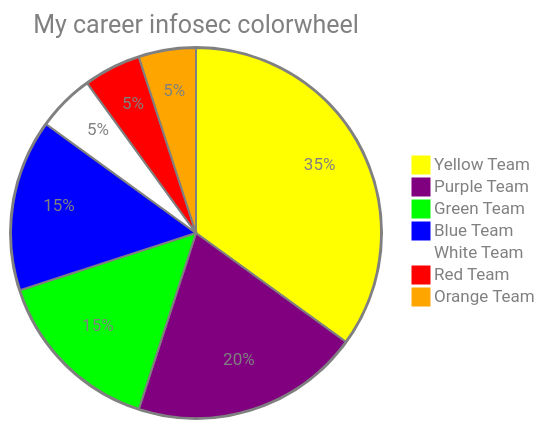
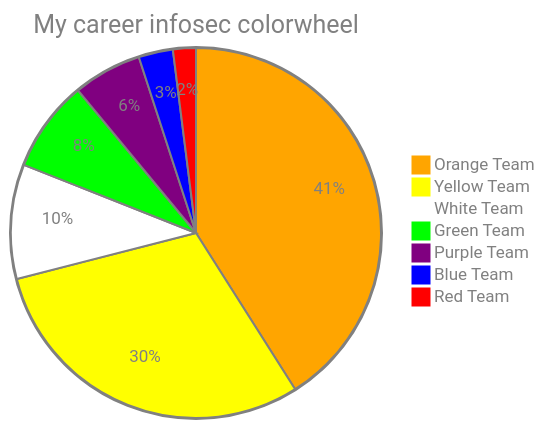
One commit to felickz/felickz changed the first of 3 diagrams in README-colorwheel.md. Above: the diagram before and after it, drawn with Mermaid. The commit also changed other lines of this file and 2 other files, not shown here.

Commit message:
Add three colorwheel views (all colors, primary only, red vs blue) with per-block SVG rendering

````diff
--- a/README-colorwheel.md
+++ b/README-colorwheel.md
@@ -4,12 +10,12 @@
 ```mermaid
-%%{init: {'theme': 'base', 'themeVariables': { 'pie1': '#FFFF00', 'pie2': '#800080', 'pie3': '#00FF00', 'pie4': '#0000FF', 'pie5': '#FFFFFF', 'pie6': '#ff0000', 'pie7': '#FFA500', 'pieOpacity': '1', 'pieStrokeColor': '#808080', 'pieOuterStrokeColor': '#808080', 'pieTitleTextColor': '#808080', 'pieLegendTextColor': '#808080', 'pieSectionTextColor': '#808080'}}}%%
+%%{init: {'theme': 'base', 'themeVariables': { 'pie1': '#FFA500', 'pie2': '#FFFF00', 'pie3': '#FFFFFF', 'pie4': '#00FF00', 'pie5': '#800080', 'pie6': '#0000FF', 'pie7': '#ff0000', 'pieOpacity': '1', 'pieStrokeColor': '#808080', 'pieOuterStrokeColor': '#808080', 'pieTitleTextColor': '#808080', 'pieLegendTextColor': '#808080', 'pieSectionTextColor': '#808080'}}}%%
 pie
   title My career infosec colorwheel
-  "Yellow Team" : 35
-  "Purple Team" : 20
-  "Green Team" : 15
-  "Blue Team" : 15
-  "White Team" : 5
-  "Red Team" : 5
-  "Orange Team" : 5
+  "Orange Team" : 41
+  "Yellow Team" : 30
+  "White Team" : 10
+  "Green Team" : 8
+  "Purple Team" : 6
+  "Blue Team" : 3
+  "Red Team" : 2
 ```
````
